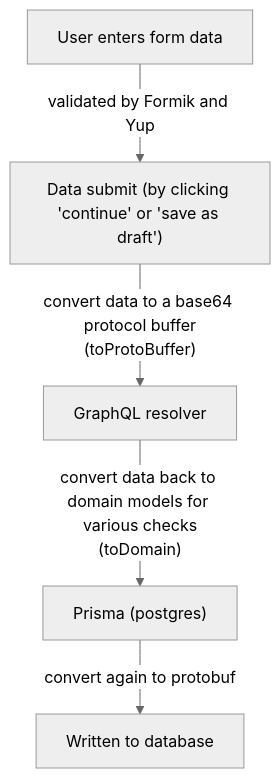
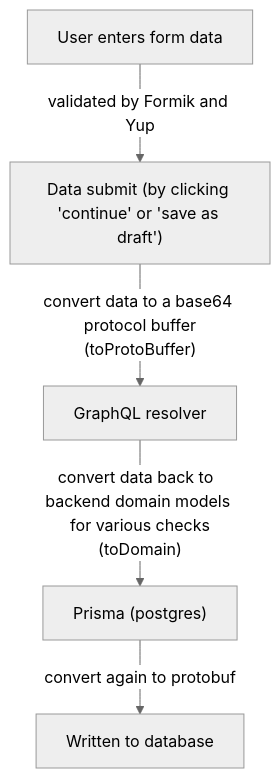
One commit to Enterprise-CMCS/managed-care-review changed the first of 2 diagrams in docs/technical-design/form-data-flow.md. Above: the diagram before and after it, drawn with Mermaid (neutral theme).

````diff
--- a/docs/technical-design/form-data-flow.md
+++ b/docs/technical-design/form-data-flow.md
@@ -7,7 +7,7 @@
 ```mermaid
 graph TD
     A["User enters form data"] -->|"validated by Formik and Yup"| B["Data submit (by clicking 'continue' or 'save as draft')"]
     B -->|"convert data to a base64 protocol buffer<br />(toProtoBuffer)"| C["GraphQL resolver"]
-    C -->|"convert data back to domain models for various checks<br />(toDomain)"| D["Prisma (postgres)"]
+    C -->|"convert data back to  backend domain models for various checks<br />(toDomain)"| D["Prisma (postgres)"]
     D -->|"convert again to protobuf"| E["Written to database"]
 ```
````
